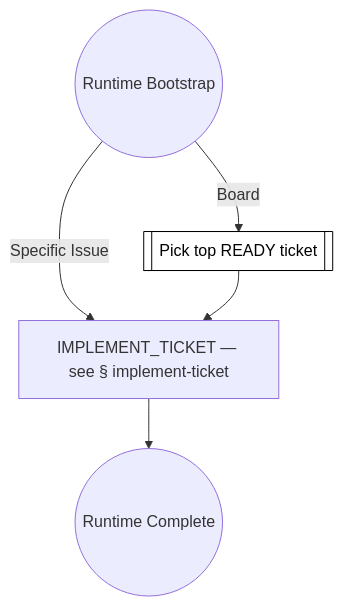
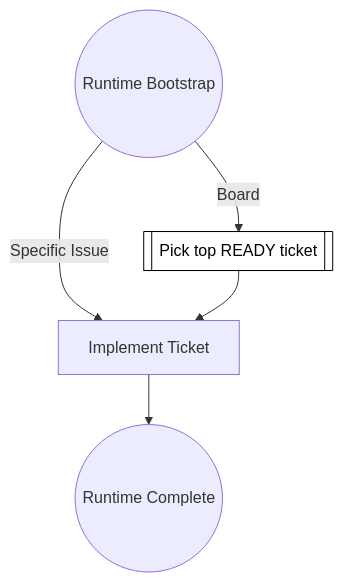
One commit to optivem/gh-optivem changed the second of 50 diagrams in docs/process-diagram.md. Above: the diagram before and after it, drawn with Mermaid. The commit also changed other lines of this file and 6 other files, not shown here.

````diff
--- a/docs/process-diagram.md
+++ b/docs/process-diagram.md
@@ -60,15 +60,15 @@
 ```mermaid
 flowchart TD
     END((Runtime Complete))
-    IMPLEMENT_TICKET[IMPLEMENT_TICKET — see § implement-ticket]
+    IMPLEMENT_TICKET[Implement Ticket]
     PICK_TOP_READY[[Pick top READY ticket]]
     START((Runtime Bootstrap))
 
     START -- Board --> PICK_TOP_READY
     START -- Specific Issue --> IMPLEMENT_TICKET
     PICK_TOP_READY --> IMPLEMENT_TICKET
     IMPLEMENT_TICKET --> END
 
     classDef serviceNode fill:#ffffff,stroke:#000000,stroke-width:1px,color:#000000
     class PICK_TOP_READY serviceNode
 ```
````
